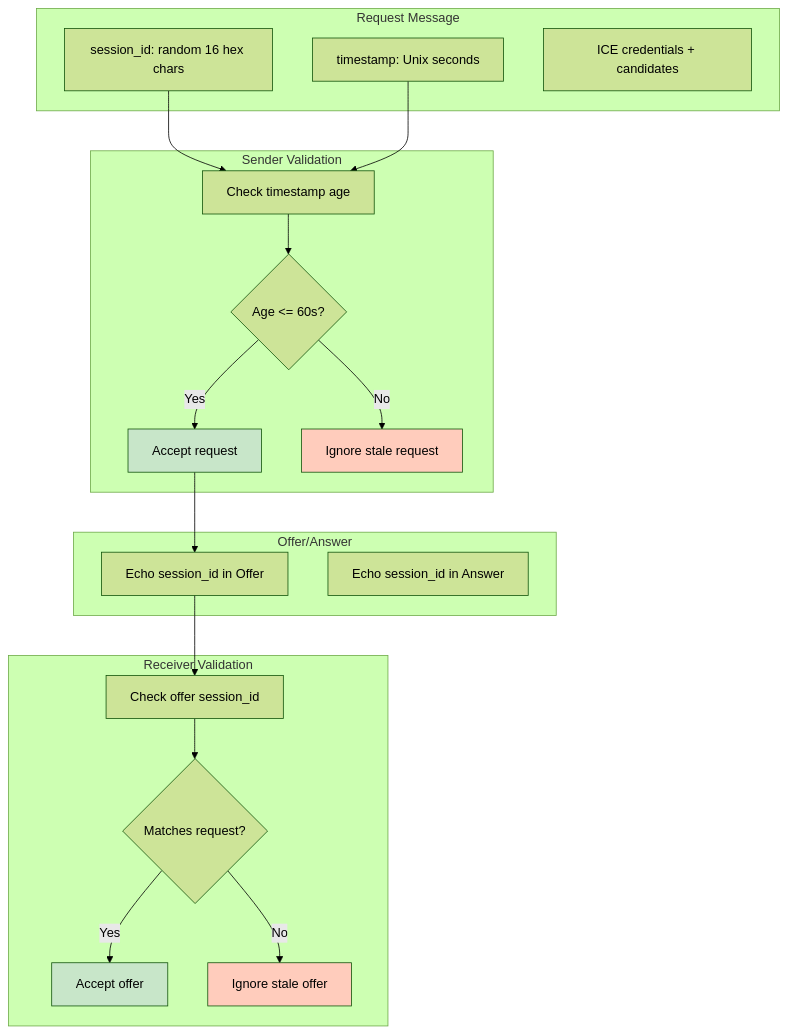
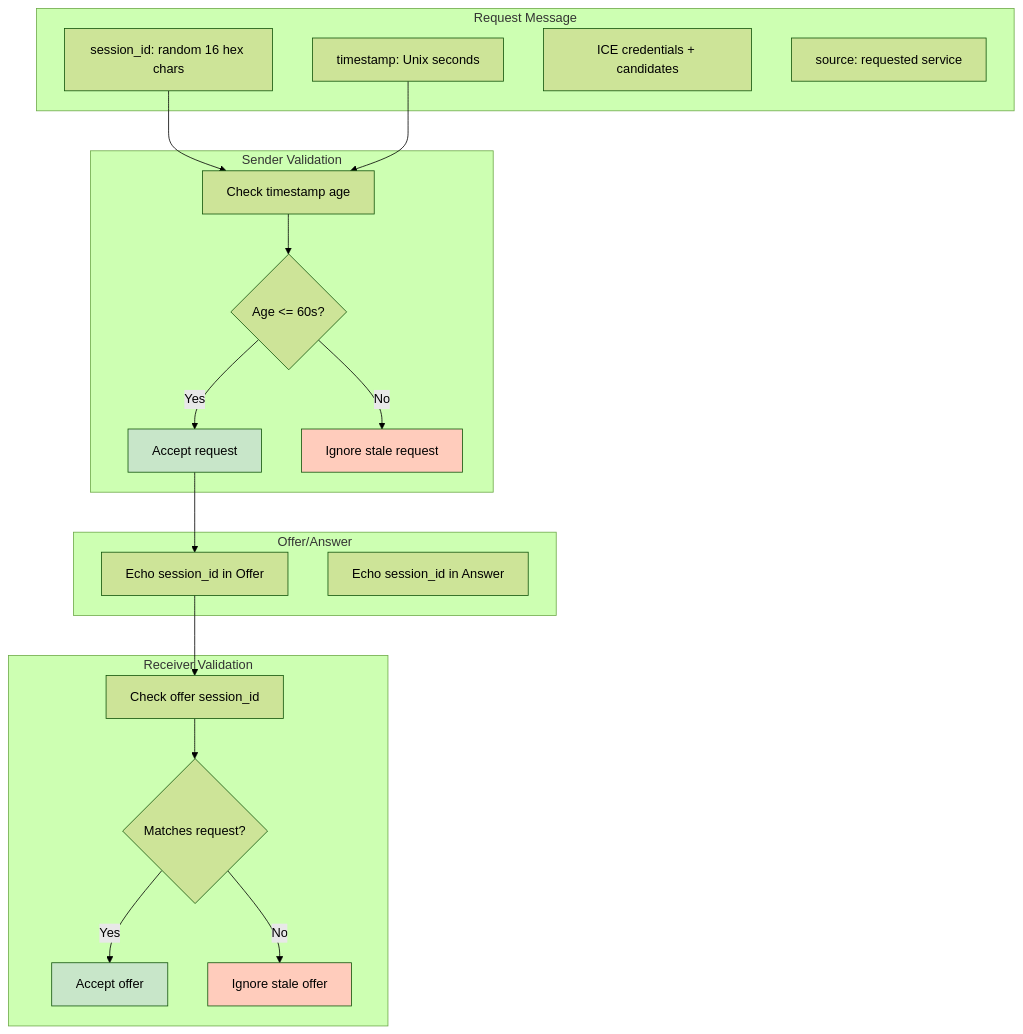
Diagram 24 of 38 in docs/ARCHITECTURE.md (andrewtheguy/vpn-rs), drawn with Mermaid (forest theme) before and after one commit. The commit also changed other lines of this file, not shown here.

Commit message:
feat: Update architecture documentation to include receiver-initiated dynamic source capabilities and mode comparison

````diff
--- a/docs/ARCHITECTURE.md
+++ b/docs/ARCHITECTURE.md
@@ -991,44 +1009,45 @@
 ```mermaid
 graph TB
     subgraph "Request Message"
         A[session_id: random 16 hex chars]
         B[timestamp: Unix seconds]
         C[ICE credentials + candidates]
+        C2[source: requested service]
     end
 
     subgraph "Sender Validation"
         D[Check timestamp age]
         E{Age <= 60s?}
         F[Accept request]
         G[Ignore stale request]
     end
 
     subgraph "Offer/Answer"
         H[Echo session_id in Offer]
         I[Echo session_id in Answer]
     end
 
     subgraph "Receiver Validation"
         J[Check offer session_id]
         K{Matches request?}
         L[Accept offer]
         M[Ignore stale offer]
     end
 
     A --> D
     B --> D
     D --> E
     E -->|Yes| F
     E -->|No| G
 
     F --> H
     H --> J
     J --> K
     K -->|Yes| L
     K -->|No| M
 
     style F fill:#C8E6C9
     style L fill:#C8E6C9
     style G fill:#FFCCBC
     style M fill:#FFCCBC
 ```
````
